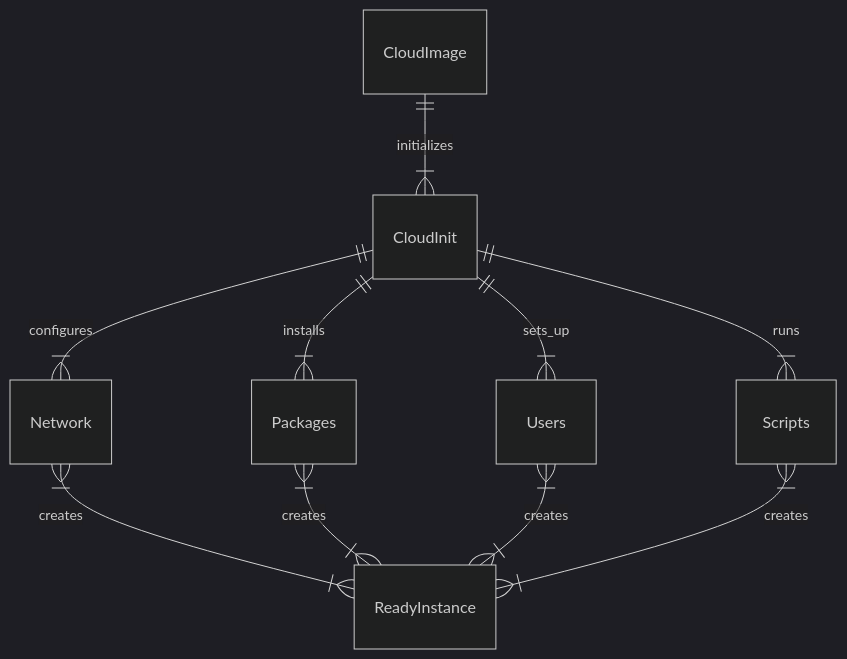
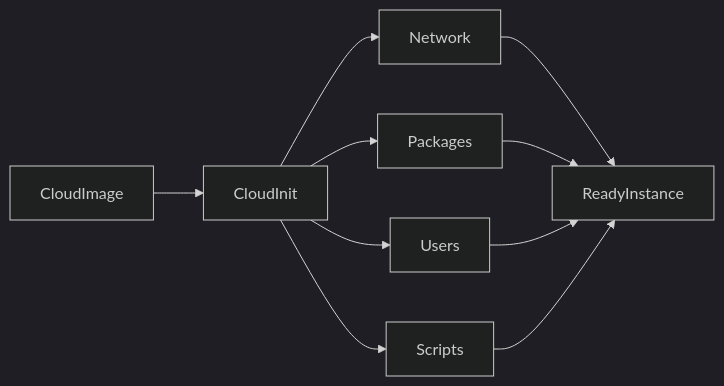
Before and after one commit to rbcmgs/cloud-init-library: the first of 3 diagrams in README.md, drawn with Mermaid (dark theme). The commit also changed other lines of this file, not shown here.

Commit message:
Update README.md to replace entity-relationship diagrams with graph syntax

````diff
--- a/README.md
+++ b/README.md
@@ -15,12 +15,12 @@
 ```mermaid
-erDiagram
-  CloudImage ||--|{ CloudInit : initializes
-  CloudInit ||--|{ Network : configures
-  CloudInit ||--|{ Packages : installs
-  CloudInit ||--|{ Users : sets_up
-  CloudInit ||--|{ Scripts : runs
-  Network }|--|{ ReadyInstance : creates
-  Packages }|--|{ ReadyInstance : creates
-  Users }|--|{ ReadyInstance : creates
-  Scripts }|--|{ ReadyInstance : creates
+graph LR
+  CloudImage --> CloudInit
+  CloudInit --> Network
+  CloudInit --> Packages
+  CloudInit --> Users
+  CloudInit --> Scripts
+  Network --> ReadyInstance
+  Packages --> ReadyInstance
+  Users --> ReadyInstance
+  Scripts --> ReadyInstance
 ```
````
